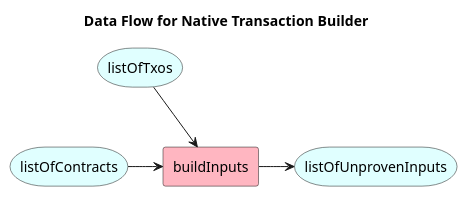
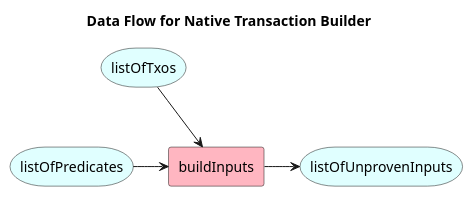
Before and after one commit to Topl/BramblSc-docs: the diagram in docs/Modules/NativeTransactor/transaction_builder.puml, drawn with PlantUML.

Commit message:
contracts ==> predicates

```diff
--- a/docs/Modules/NativeTransactor/transaction_builder.puml
+++ b/docs/Modules/NativeTransactor/transaction_builder.puml
@@ -1,19 +1,19 @@
 @startuml
 title Data Flow for Native Transaction Builder
 skinparam rectangle {
   BackgroundColor LightPink
 }
 skinparam storage {
   BackgroundColor LightCyan
 }
 storage listOfTxos
-storage listOfContracts
+storage listOfPredicates
 rectangle buildInputs
 storage listOfUnprovenInputs
 
 listOfTxos -> buildInputs
-listOfContracts -> buildInputs
+listOfPredicates -> buildInputs
 buildInputs -> listOfUnprovenInputs
 
-listOfTxos -[hidden]- listOfContracts
+listOfTxos -[hidden]- listOfPredicates
 @enduml
```
